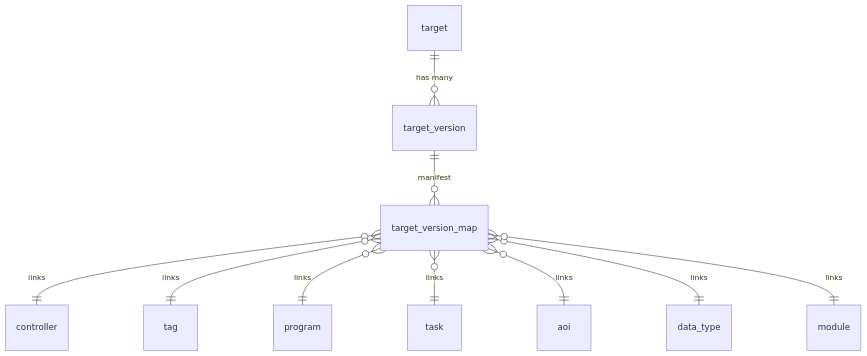
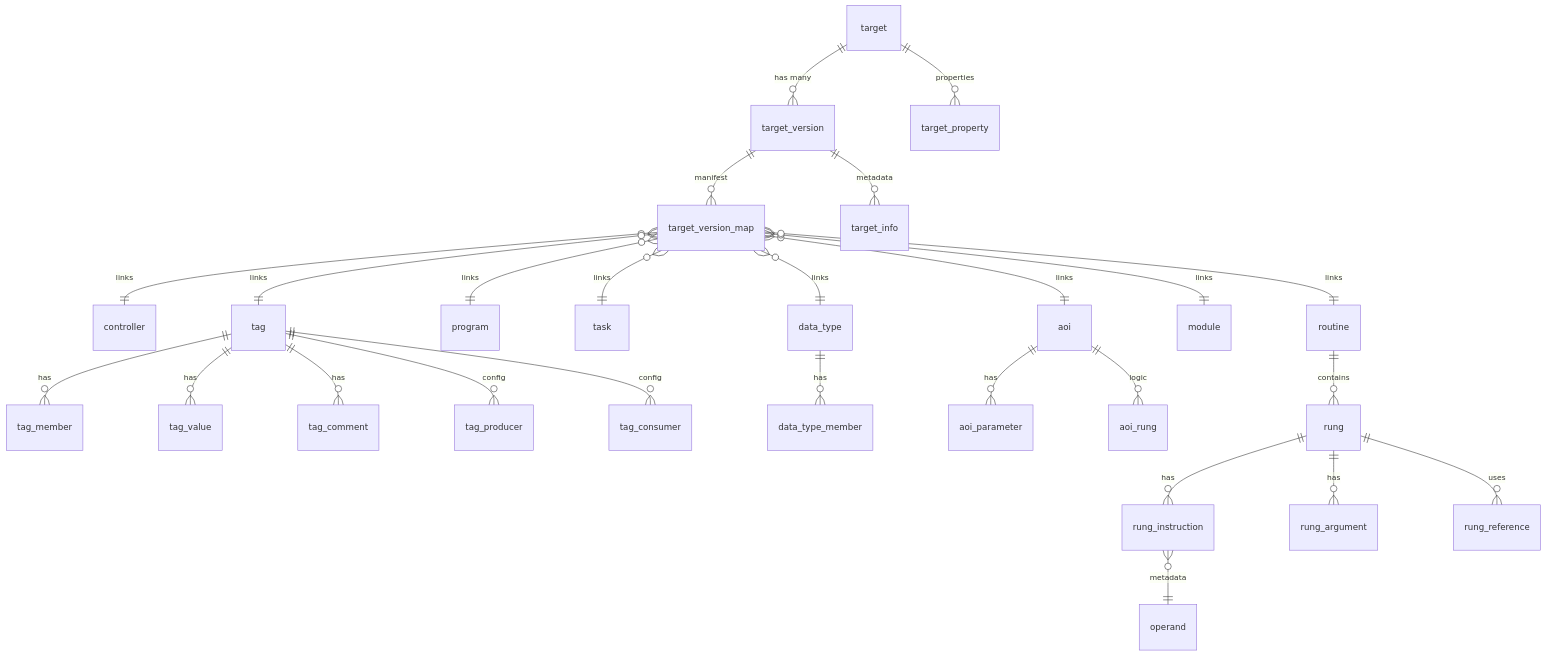
Before and after one commit to tnunnink/LogixDb: the diagram in README.md, drawn with Mermaid.

Commit message:
Update README: expand component relationship diagrams with additional links and metadata details.

````diff
--- a/README.md
+++ b/README.md
@@ -411,12 +411,36 @@
 ```mermaid
 erDiagram
     target ||--o{ target_version : "has many"
     target_version ||--o{ target_version_map : "manifest"
     target_version_map }o--|| controller : "links"
     target_version_map }o--|| tag : "links"
     target_version_map }o--|| program : "links"
     target_version_map }o--|| task : "links"
     target_version_map }o--|| aoi : "links"
     target_version_map }o--|| data_type : "links"
     target_version_map }o--|| module : "links"
+    target_version_map }o--|| routine : "links"
+
+    %% Component Details
+    tag ||--o{ tag_member : "has"
+    tag ||--o{ tag_value : "has"
+    tag ||--o{ tag_comment : "has"
+    tag ||--o{ tag_producer : "config"
+    tag ||--o{ tag_consumer : "config"
+    
+    data_type ||--o{ data_type_member : "has"
+    
+    aoi ||--o{ aoi_parameter : "has"
+    aoi ||--o{ aoi_rung : "logic"
+    
+    routine ||--o{ rung : "contains"
+    rung ||--o{ rung_instruction : "has"
+    rung ||--o{ rung_argument : "has"
+    rung ||--o{ rung_reference : "uses"
+    
+    rung_instruction }o--|| operand : "metadata"
+
+    %% Metadata
+    target_version ||--o{ target_info : "metadata"
+    target ||--o{ target_property : "properties"
 ```
````
